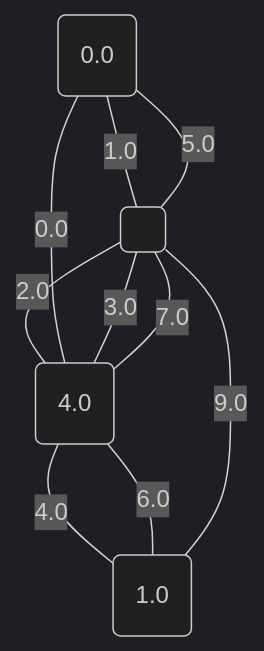
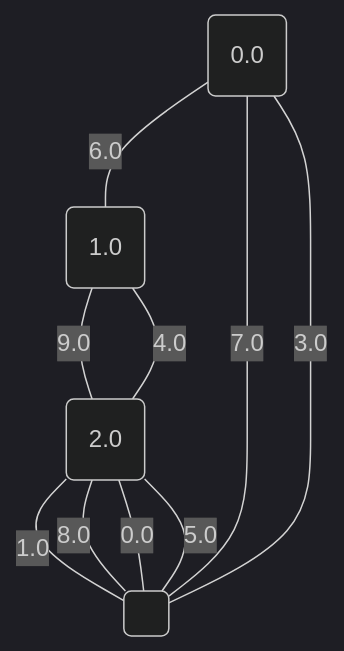
One commit to metury/graphs changed diagram 13 of 17 in project/src/testing/showcase/minCutPetersen.md. Above: the diagram before and after it, drawn with Mermaid (dark theme). The commit also changed other lines of this file and 34 other files, not shown here.

````diff
--- a/project/src/testing/showcase/minCutPetersen.md
+++ b/project/src/testing/showcase/minCutPetersen.md
@@ -335,16 +335,16 @@
 ```mermaid
 graph TD;
 	0("0.0");
 	1("1.0");
-	2("4.0");
+	2("2.0");
 	3(" ");
-	2 -- "0.0" --- 0;
-	0 -- "1.0" --- 3;
-	3 -- "2.0" --- 2;
-	2 -- "3.0" --- 3;
+	3 -- "0.0" --- 2;
+	2 -- "1.0" --- 3;
+	3 -- "3.0" --- 0;
 	2 -- "4.0" --- 1;
-	0 -- "5.0" --- 3;
-	2 -- "6.0" --- 1;
-	2 -- "7.0" --- 3;
-	1 -- "9.0" --- 3;
+	3 -- "5.0" --- 2;
+	0 -- "6.0" --- 1;
+	0 -- "7.0" --- 3;
+	2 -- "8.0" --- 3;
+	1 -- "9.0" --- 2;
 ```
````
